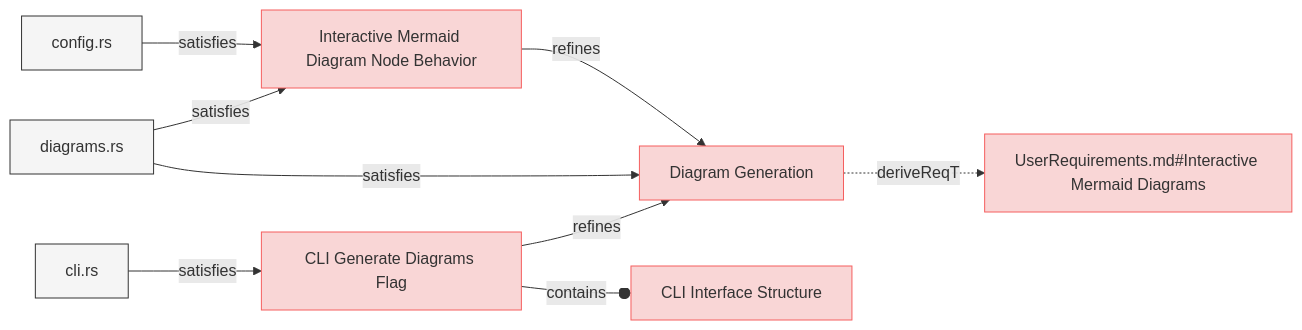
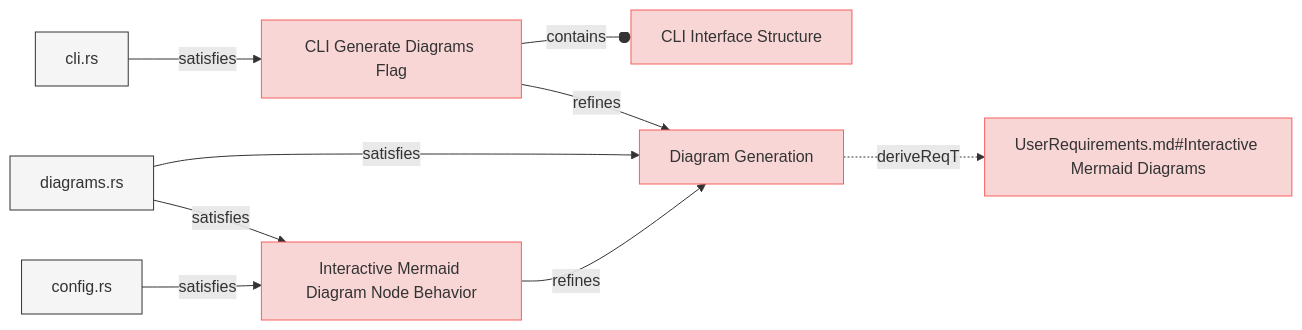
The eighth of 8 diagrams in specifications/SystemRequirements/Requirements.md (reqvire-org/reqvire), drawn with Mermaid before and after one commit. The commit also changed other lines of this file and 14 other files, not shown here.

Commit message:
Diagrams updated.

````diff
--- a/specifications/SystemRequirements/Requirements.md
+++ b/specifications/SystemRequirements/Requirements.md
@@ -1430,44 +1451,44 @@
 ```mermaid
 graph LR;
   %% Graph styling
   classDef requirement fill:#f9d6d6,stroke:#f55f5f,stroke-width:1px;
   classDef verification fill:#d6f9d6,stroke:#5fd75f,stroke-width:1px;
   classDef externalLink fill:#d0e0ff,stroke:#3080ff,stroke-width:1px;
   classDef default fill:#f5f5f5,stroke:#333333,stroke-width:1px;
 
-  7223dec8fe51900f["CLI Generate Diagrams Flag"];
-  class 7223dec8fe51900f requirement;
-  click 7223dec8fe51900f "Requirements.md#cli-generate-diagrams-flag";
+  8fc99a6457ac5a6b["Interactive Mermaid Diagram Node Behavior"];
+  class 8fc99a6457ac5a6b requirement;
+  click 8fc99a6457ac5a6b "Requirements.md#interactive-mermaid-diagram-node-behavior";
   e9aee7d9477f4abe["Diagram Generation"];
   class e9aee7d9477f4abe requirement;
   click e9aee7d9477f4abe "Requirements.md#diagram-generation";
-  7223dec8fe51900f -->|refines| e9aee7d9477f4abe;
-  8f22faacdb454b23["CLI Interface Structure"];
-  class 8f22faacdb454b23 requirement;
-  click 8f22faacdb454b23 "Requirements.md#cli-interface-structure";
-  7223dec8fe51900f --o|contains| 8f22faacdb454b23;
-  80defdd4cbc7ee18["cli.rs"];
-  class 80defdd4cbc7ee18 default;
-  click 80defdd4cbc7ee18 "../../cli/src/cli.rs";
-  80defdd4cbc7ee18 -->|satisfies| 7223dec8fe51900f;
-  8fc99a6457ac5a6b["Interactive Mermaid Diagram Node Behavior"];
-  class 8fc99a6457ac5a6b requirement;
-  click 8fc99a6457ac5a6b "Requirements.md#interactive-mermaid-diagram-node-behavior";
   8fc99a6457ac5a6b -->|refines| e9aee7d9477f4abe;
   dad7eeb932afdb92["diagrams.rs"];
   class dad7eeb932afdb92 default;
   click dad7eeb932afdb92 "../../core/src/diagrams.rs";
   dad7eeb932afdb92 -->|satisfies| 8fc99a6457ac5a6b;
   8419dcc77d92b609["config.rs"];
   class 8419dcc77d92b609 default;
   click 8419dcc77d92b609 "../../cli/src/config.rs";
   8419dcc77d92b609 -->|satisfies| 8fc99a6457ac5a6b;
   eedf6d6d3d2354d9["UserRequirements.md#Interactive Mermaid Diagrams"];
   class eedf6d6d3d2354d9 requirement;
   click eedf6d6d3d2354d9 "../UserRequirements.md#interactive-mermaid-diagrams";
   e9aee7d9477f4abe -.->|deriveReqT| eedf6d6d3d2354d9;
   dad7eeb932afdb92["diagrams.rs"];
   class dad7eeb932afdb92 default;
   click dad7eeb932afdb92 "../../core/src/diagrams.rs";
   dad7eeb932afdb92 -->|satisfies| e9aee7d9477f4abe;
+  7223dec8fe51900f["CLI Generate Diagrams Flag"];
+  class 7223dec8fe51900f requirement;
+  click 7223dec8fe51900f "Requirements.md#cli-generate-diagrams-flag";
+  7223dec8fe51900f -->|refines| e9aee7d9477f4abe;
+  8f22faacdb454b23["CLI Interface Structure"];
+  class 8f22faacdb454b23 requirement;
+  click 8f22faacdb454b23 "Requirements.md#cli-interface-structure";
+  7223dec8fe51900f --o|contains| 8f22faacdb454b23;
+  80defdd4cbc7ee18["cli.rs"];
+  class 80defdd4cbc7ee18 default;
+  click 80defdd4cbc7ee18 "../../cli/src/cli.rs";
+  80defdd4cbc7ee18 -->|satisfies| 7223dec8fe51900f;
 ```
````
